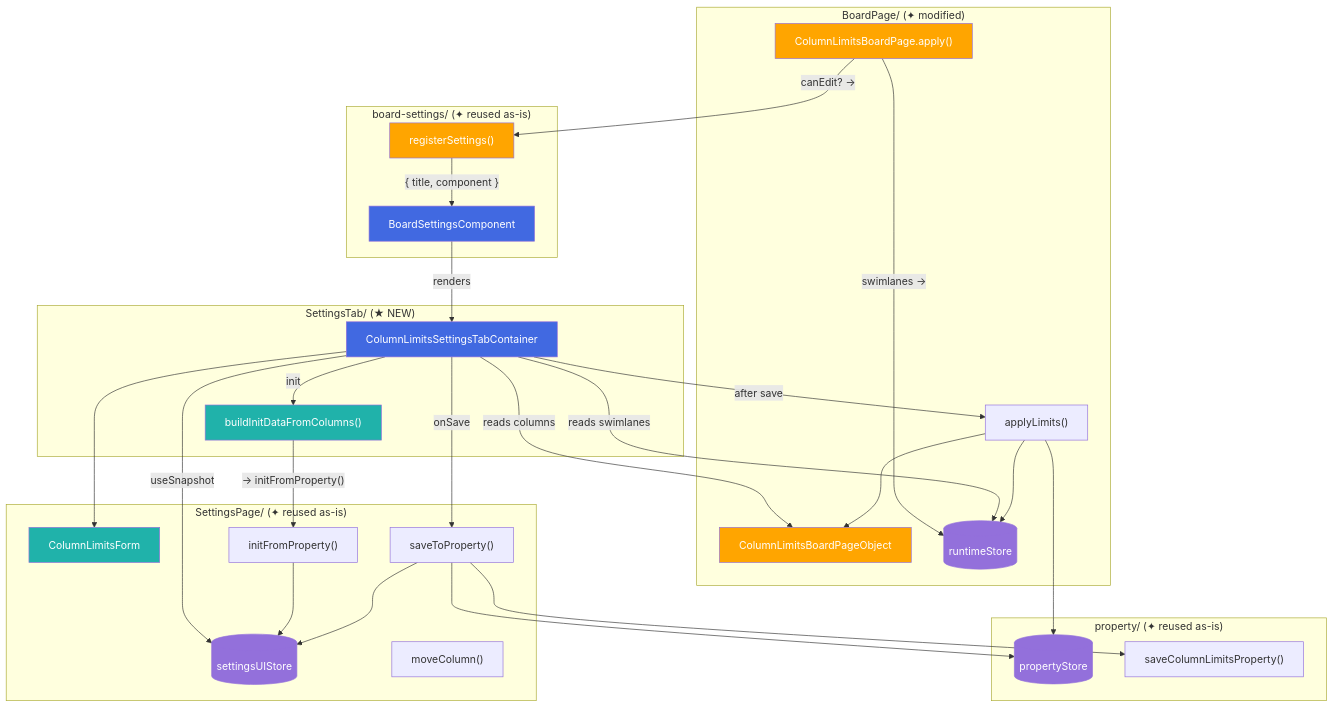
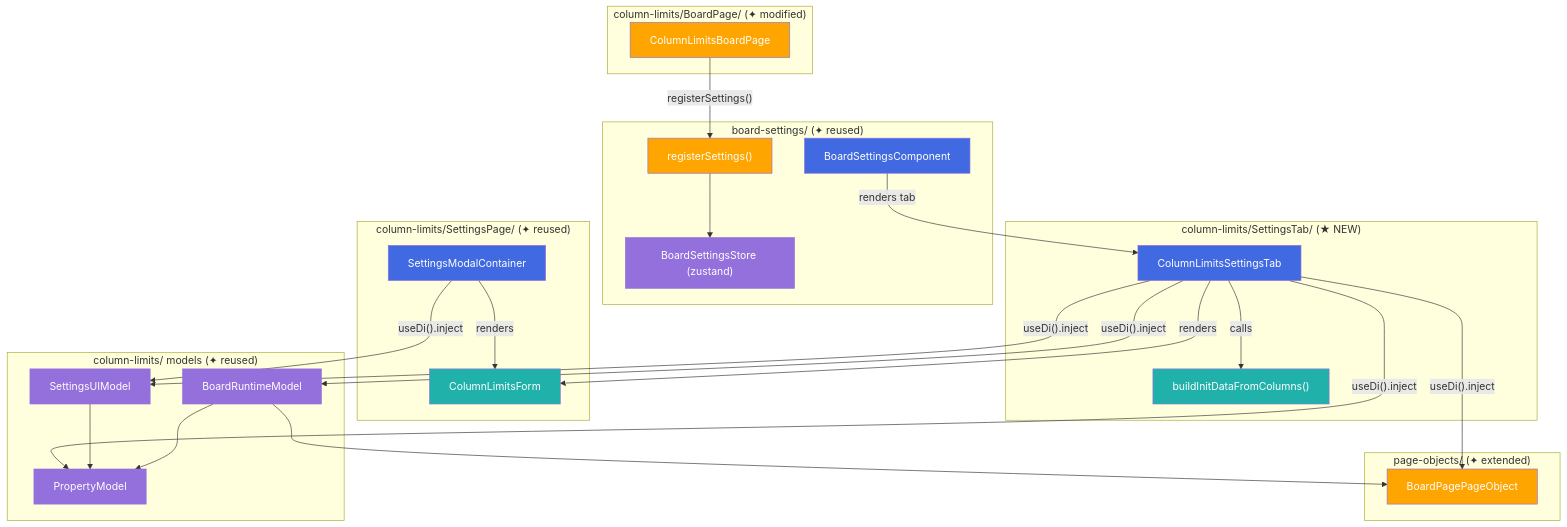
One commit to jira-helper/jira-helper changed the first of 3 diagrams in .agents/tasks/column-wip-inline/target-design.md. Above: the diagram before and after it, drawn with Mermaid. The commit also changed other lines of this file and 48 other files, not shown here.

First line of the commit message:
[#230] feat(column-limits): add CONWIP settings tab to board page Jira Helper panel

````diff
--- a/.agents/tasks/column-wip-inline/target-design.md
+++ b/.agents/tasks/column-wip-inline/target-design.md
@@ -18,65 +16,62 @@
 ```mermaid
 flowchart TB
-    subgraph settingsTab ["SettingsTab/ (★ NEW)"]
-        TabContainer["ColumnLimitsSettingsTabContainer"]
+    subgraph boardSettings ["board-settings/ (✦ reused)"]
+        BSStore["BoardSettingsStore (zustand)"]
+        style BSStore fill:#9370DB,color:white
+        BSComponent["BoardSettingsComponent"]
+        style BSComponent fill:#4169E1,color:white
+        RegSettings["registerSettings()"]
+        style RegSettings fill:#FFA500,color:white
+    end
+
+    subgraph columnLimitsTab ["column-limits/SettingsTab/ (★ NEW)"]
+        TabContainer["ColumnLimitsSettingsTab"]
         style TabContainer fill:#4169E1,color:white
         BuildInit["buildInitDataFromColumns()"]
         style BuildInit fill:#20B2AA,color:white
     end
 
-    subgraph settingsPage ["SettingsPage/ (✦ reused as-is)"]
+    subgraph columnLimitsSettings ["column-limits/SettingsPage/ (✦ reused)"]
         Form["ColumnLimitsForm"]
         style Form fill:#20B2AA,color:white
-        UIStore[("settingsUIStore")]
-        style UIStore fill:#9370DB,color:white
-        InitAction["initFromProperty()"]
-        SaveAction["saveToProperty()"]
-        MoveAction["moveColumn()"]
+        ModalContainer["SettingsModalContainer"]
+        style ModalContainer fill:#4169E1,color:white
     end
 
-    subgraph boardPage ["BoardPage/ (✦ modified)"]
-        BPIndex["ColumnLimitsBoardPage.apply()"]
-        style BPIndex fill:#FFA500,color:white
-        PageObj["ColumnLimitsBoardPageObject"]
-        style PageObj fill:#FFA500,color:white
-        RuntimeStore[("runtimeStore")]
-        style RuntimeStore fill:#9370DB,color:white
-        ApplyLimits["applyLimits()"]
+    subgraph columnLimitsModels ["column-limits/ models (✦ reused)"]
+        UIModel["SettingsUIModel"]
+        style UIModel fill:#9370DB,color:white
+        PropModel["PropertyModel"]
+        style PropModel fill:#9370DB,color:white
+        RuntimeModel["BoardRuntimeModel"]
+        style RuntimeModel fill:#9370DB,color:white
     end
 
-    subgraph property ["property/ (✦ reused as-is)"]
-        PropStore[("propertyStore")]
-        style PropStore fill:#9370DB,color:white
-        SaveProp["saveColumnLimitsProperty()"]
+    subgraph pageObjects ["page-objects/ (✦ extended)"]
+        BoardPO["BoardPagePageObject"]
+        style BoardPO fill:#FFA500,color:white
     end
 
-    subgraph boardSettings ["board-settings/ (✦ reused as-is)"]
-        RegisterSettings["registerSettings()"]
-        style RegisterSettings fill:#FFA500,color:white
-        BSComponent["BoardSettingsComponent"]
-        style BSComponent fill:#4169E1,color:white
+    subgraph boardPage ["column-limits/BoardPage/ (✦ modified)"]
+        BoardEntry["ColumnLimitsBoardPage"]
+        style BoardEntry fill:#FFA500,color:white
     end
 
-    BPIndex -->|"canEdit? →"| RegisterSettings
-    BPIndex -->|"swimlanes →"| RuntimeStore
-    RegisterSettings -->|"{ title, component }"| BSComponent
-    BSComponent -->|"renders"| TabContainer
+    BoardEntry -->|"registerSettings()"| RegSettings
+    RegSettings --> BSStore
+    BSComponent -->|"renders tab"| TabContainer
 
-    TabContainer -->|"useSnapshot"| UIStore
-    TabContainer -->|"reads columns"| PageObj
-    TabContainer -->|"reads swimlanes"| RuntimeStore
-    TabContainer -->|"init"| BuildInit
-    BuildInit -->|"→ initFromProperty()"| InitAction
-    InitAction --> UIStore
-    TabContainer --> Form
+    TabContainer -->|"useDi().inject"| UIModel
+    TabContainer -->|"useDi().inject"| PropModel
+    TabContainer -->|"useDi().inject"| RuntimeModel
+    TabContainer -->|"useDi().inject"| BoardPO
+    TabContainer -->|"renders"| Form
+    TabContainer -->|"calls"| BuildInit
 
-    TabContainer -->|"onSave"| SaveAction
-    SaveAction --> UIStore
-    SaveAction --> PropStore
-    SaveAction --> SaveProp
+    UIModel --> PropModel
+    RuntimeModel --> PropModel
+    RuntimeModel --> BoardPO
 
-    TabContainer -->|"after save"| ApplyLimits
-    ApplyLimits --> PropStore
-    ApplyLimits --> RuntimeStore
-    ApplyLimits --> PageObj
+    ModalContainer -->|"renders"| Form
+    ModalContainer -->|"useDi().inject"| UIModel
 ```
````
